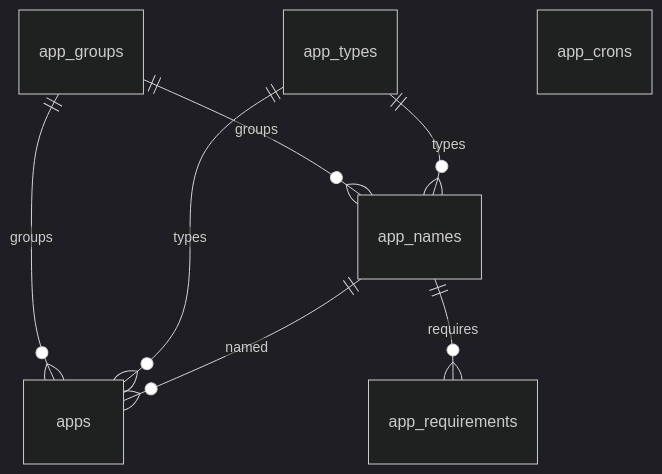
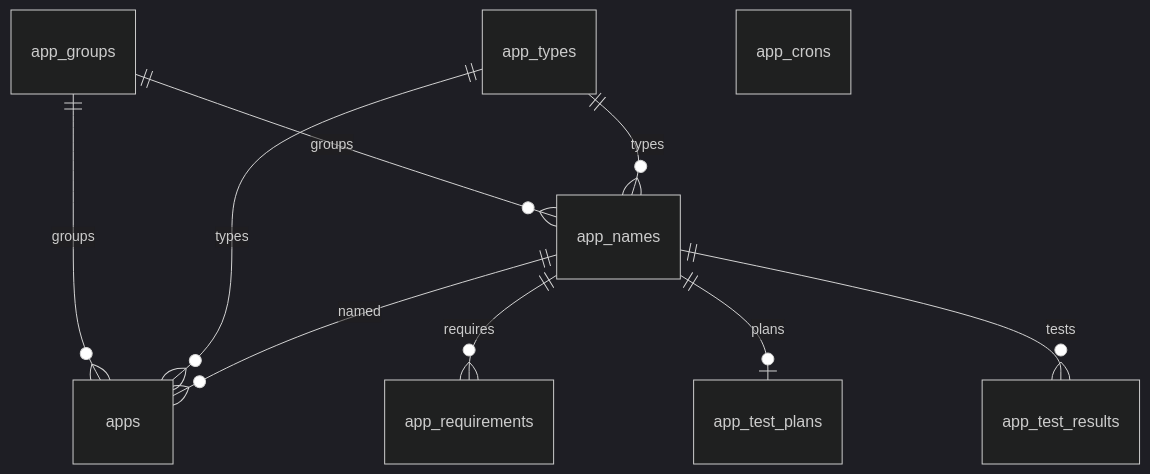
One commit to ssstakahashi/ai-org changed the third of 4 diagrams in docs/database.md. Above: the diagram before and after it, drawn with Mermaid (dark theme). The commit also changed other lines of this file and 31 other files, not shown here.

````diff
--- a/docs/database.md
+++ b/docs/database.md
@@ -48,10 +48,12 @@
 ```mermaid
 erDiagram
   app_groups ||--o{ app_names : groups
   app_types ||--o{ app_names : types
   app_groups ||--o{ apps : groups
   app_types ||--o{ apps : types
   app_names ||--o{ apps : named
   app_names ||--o{ app_requirements : requires
+  app_names ||--o| app_test_plans : plans
+  app_names ||--o{ app_test_results : tests
   app_crons
 ```
````
